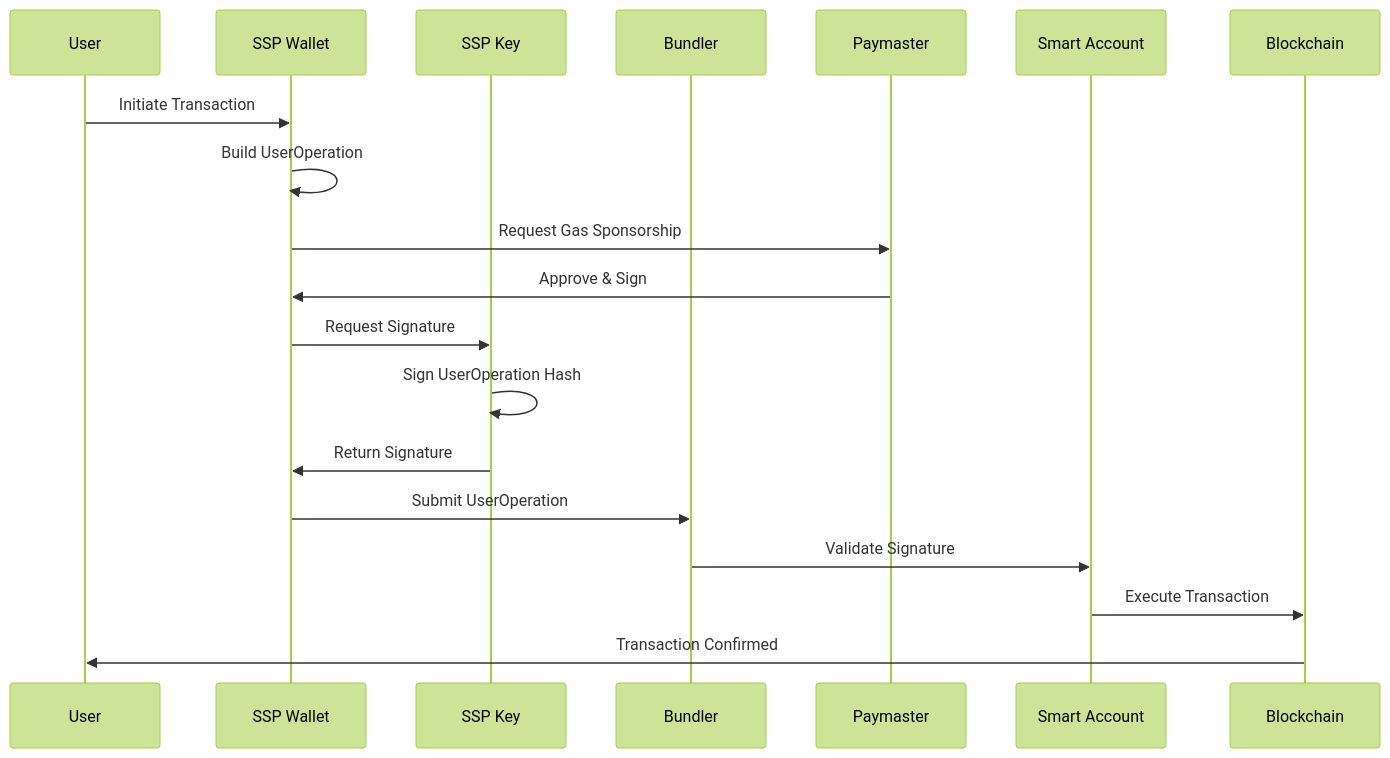
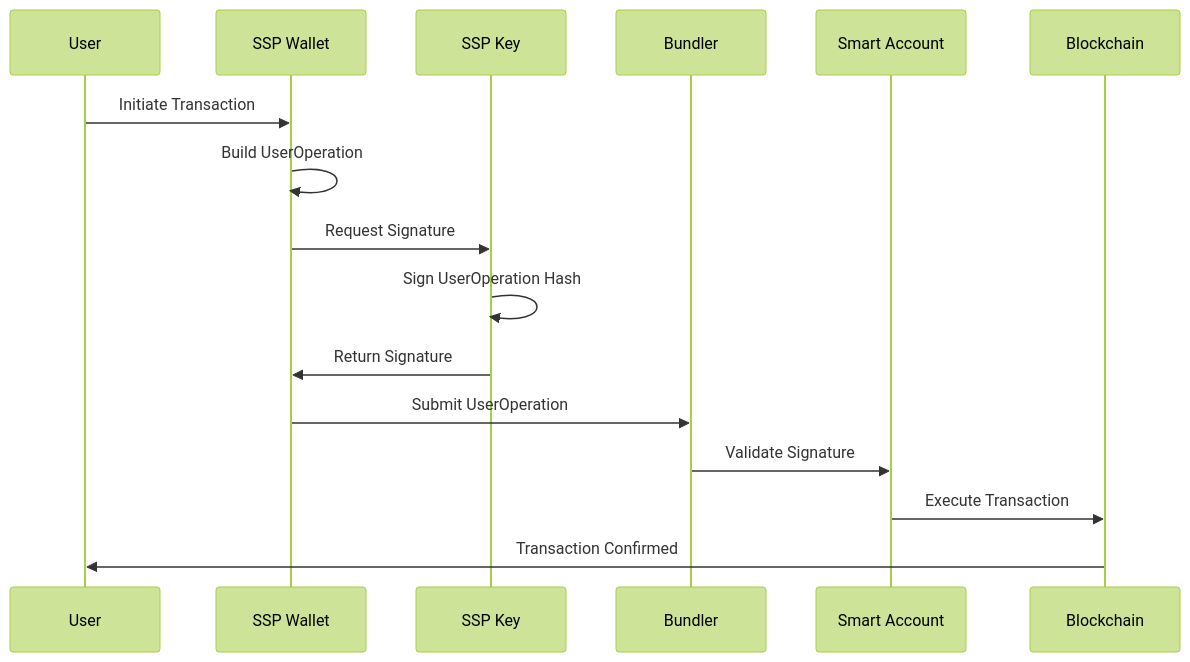
Before and after one commit to RunOnFlux/ssp-docs: the diagram in architecture/account-abstraction.md, drawn with Mermaid (forest theme). The commit also changed other lines of this file and 21 other files, not shown here.

````diff
--- a/architecture/account-abstraction.md
+++ b/architecture/account-abstraction.md
@@ -158,22 +137,19 @@
 ```mermaid
 sequenceDiagram
     participant U as User
     participant W as SSP Wallet
     participant K as SSP Key
     participant B as Bundler
-    participant P as Paymaster
     participant S as Smart Account
     participant BC as Blockchain
     
     U->>W: Initiate Transaction
     W->>W: Build UserOperation
-    W->>P: Request Gas Sponsorship
-    P->>W: Approve & Sign
     W->>K: Request Signature
     K->>K: Sign UserOperation Hash
     K->>W: Return Signature
     W->>B: Submit UserOperation
     B->>S: Validate Signature
     S->>BC: Execute Transaction
     BC->>U: Transaction Confirmed
 ```
````
